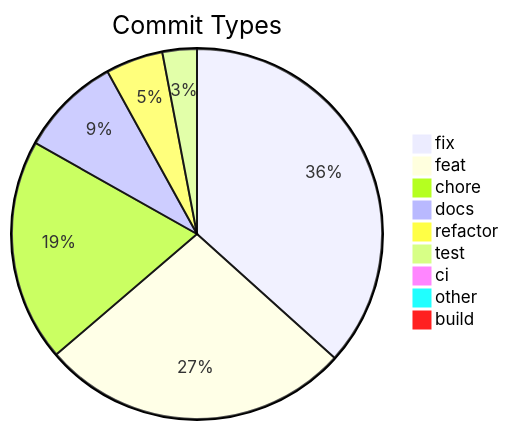
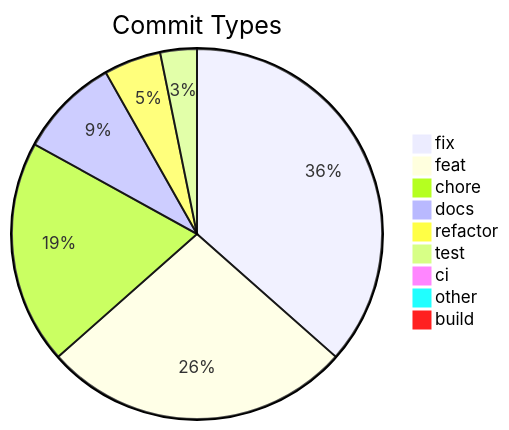
One commit to svenroth-ai/shipwright-webui changed the diagram in .shipwright/compliance/change-history.md. Above: the diagram before and after it, drawn with Mermaid. The commit also changed other lines of this file and 17 other files, not shown here.

````diff
--- a/.shipwright/compliance/change-history.md
+++ b/.shipwright/compliance/change-history.md
@@ -8,12 +8,12 @@
 ```mermaid
 pie title Commit Types
     "fix" : 183
     "feat" : 135
-    "chore" : 97
+    "chore" : 98
     "docs" : 44
     "refactor" : 25
-    "test" : 15
+    "test" : 16
     "ci" : 4
     "other" : 4
     "build" : 1
 ```
````
